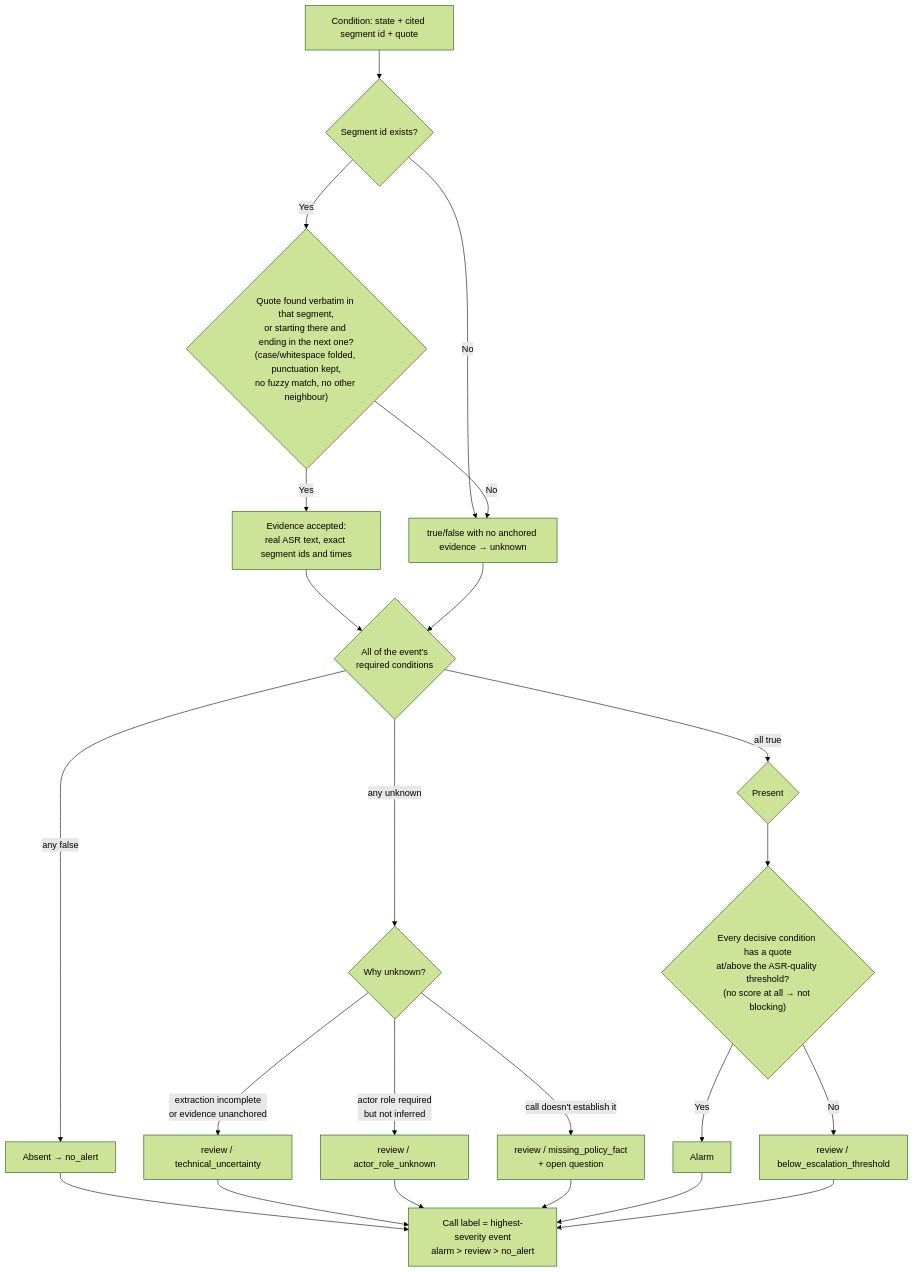
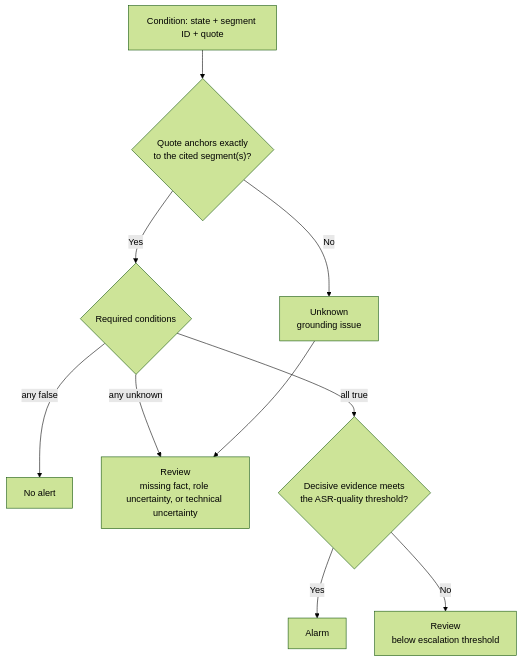
Before and after one commit to ep520/Solvent: the second of 3 diagrams in PIPELINE_FLOW.md, drawn with Mermaid (forest theme). The commit also changed other lines of this file and 2 other files, not shown here.

````diff
--- a/PIPELINE_FLOW.md
+++ b/PIPELINE_FLOW.md
@@ -46,28 +25,12 @@
 ```mermaid
 flowchart TD
-    COND["Condition: state + cited segment id + quote"]
-    ID{"Segment id exists?"}
-    EXACT{"Quote found verbatim in that segment,<br/>or starting there and ending in the next one?<br/>(case/whitespace folded, punctuation kept,<br/>no fuzzy match, no other neighbour)"}
-    GROUNDED["Evidence accepted:<br/>real ASR text, exact segment ids and times"]
-    UNANCHORED["true/false with no anchored evidence → unknown"]
-
-    COND --> ID -- No --> UNANCHORED
-    ID -- Yes --> EXACT -- Yes --> GROUNDED
-    EXACT -- No --> UNANCHORED
-    GROUNDED --> RULE
-    UNANCHORED --> RULE{"All of the event's<br/>required conditions"}
-
-    RULE -- "any false" --> ABSENT["Absent → no_alert"]
-    RULE -- "any unknown" --> UNDET{"Why unknown?"}
-    RULE -- "all true" --> PRESENT
-
-    UNDET -- "extraction incomplete<br/>or evidence unanchored" --> TECH["review / technical_uncertainty"]
-    UNDET -- "actor role required<br/>but not inferred" --> ROLE["review / actor_role_unknown"]
-    UNDET -- "call doesn't establish it" --> MISSING["review / missing_policy_fact<br/>+ open question"]
-
-    PRESENT{"Present"} --> SCORE{"Every decisive condition has a quote<br/>at/above the ASR-quality threshold?<br/>(no score at all → not blocking)"}
-    SCORE -- Yes --> ALARM["Alarm"]
-    SCORE -- No --> LOWQ["review / below_escalation_threshold"]
-
-    ABSENT & TECH & ROLE & MISSING & ALARM & LOWQ --> CALL["Call label = highest-severity event<br/>alarm > review > no_alert"]
+    CONDITION["Condition: state + segment ID + quote"] --> ANCHOR{"Quote anchors exactly<br/>to the cited segment(s)?"}
+    ANCHOR -- No --> UNKNOWN["Unknown<br/>grounding issue"]
+    ANCHOR -- Yes --> RULES{"Required conditions"}
+    RULES -- "any false" --> NOALERT["No alert"]
+    RULES -- "any unknown" --> REVIEW["Review<br/>missing fact, role uncertainty, or technical uncertainty"]
+    RULES -- "all true" --> QUALITY{"Decisive evidence meets<br/>the ASR-quality threshold?"}
+    QUALITY -- Yes --> ALARM["Alarm"]
+    QUALITY -- No --> LOWQUALITY["Review<br/>below escalation threshold"]
+    UNKNOWN --> REVIEW
 ```
````
